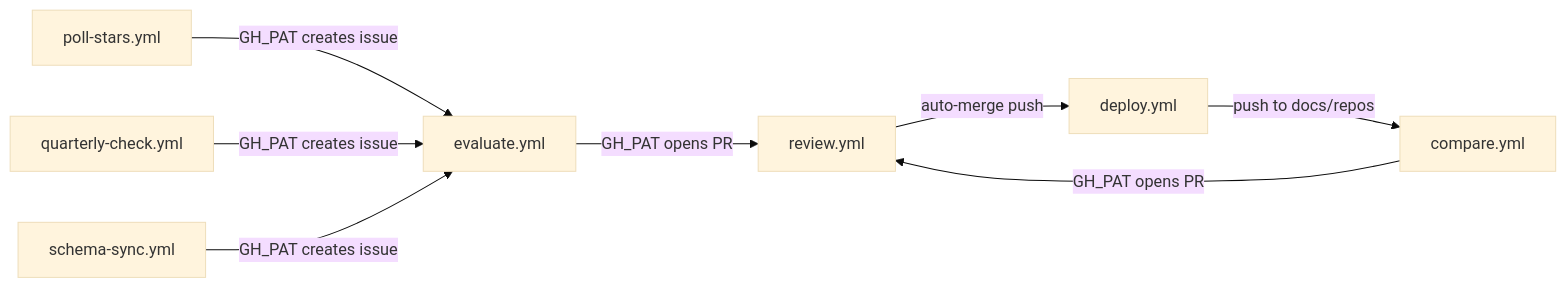
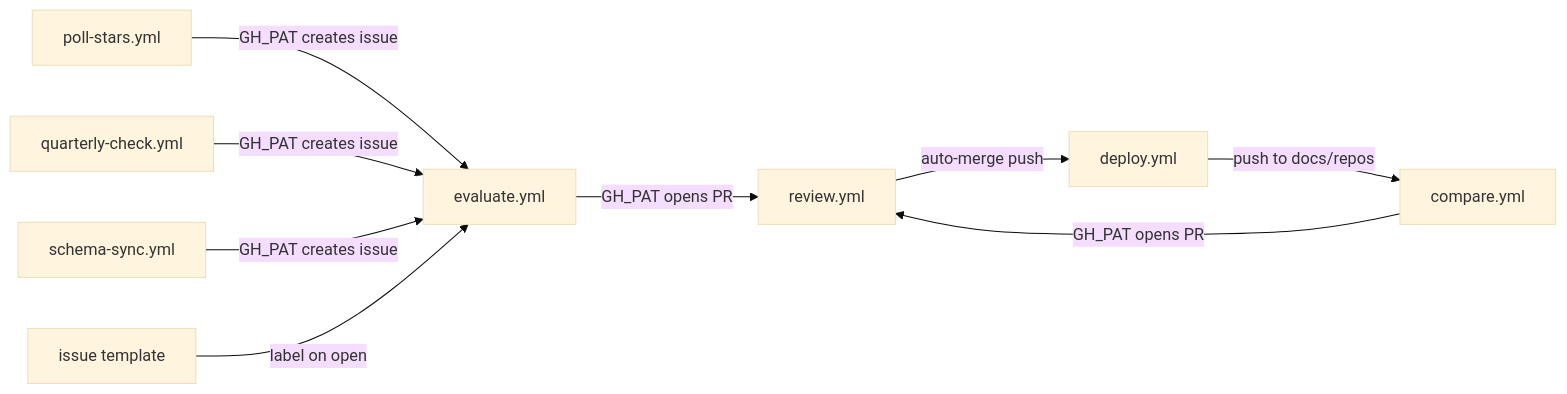
The second of 2 diagrams in .context/architecture.md (pantheon-org/odyssey), drawn with Mermaid (base theme) before and after one commit. The commit also changed other lines of this file and 4 other files, not shown here.

First line of the commit message:
docs: add open intake via issue template (ADR-021)

````diff
--- a/.context/architecture.md
+++ b/.context/architecture.md
@@ -67,10 +74,11 @@
 ```mermaid
 flowchart LR
     PS[poll-stars.yml] -->|GH_PAT creates issue| EV[evaluate.yml]
     QC[quarterly-check.yml] -->|GH_PAT creates issue| EV
     SS[schema-sync.yml] -->|GH_PAT creates issue| EV
+    IT[issue template] -->|label on open| EV
     EV -->|GH_PAT opens PR| RV[review.yml]
     RV -->|auto-merge push| DP[deploy.yml]
     DP -->|push to docs/repos| CM[compare.yml]
     CM -->|GH_PAT opens PR| RV
 ```
````
